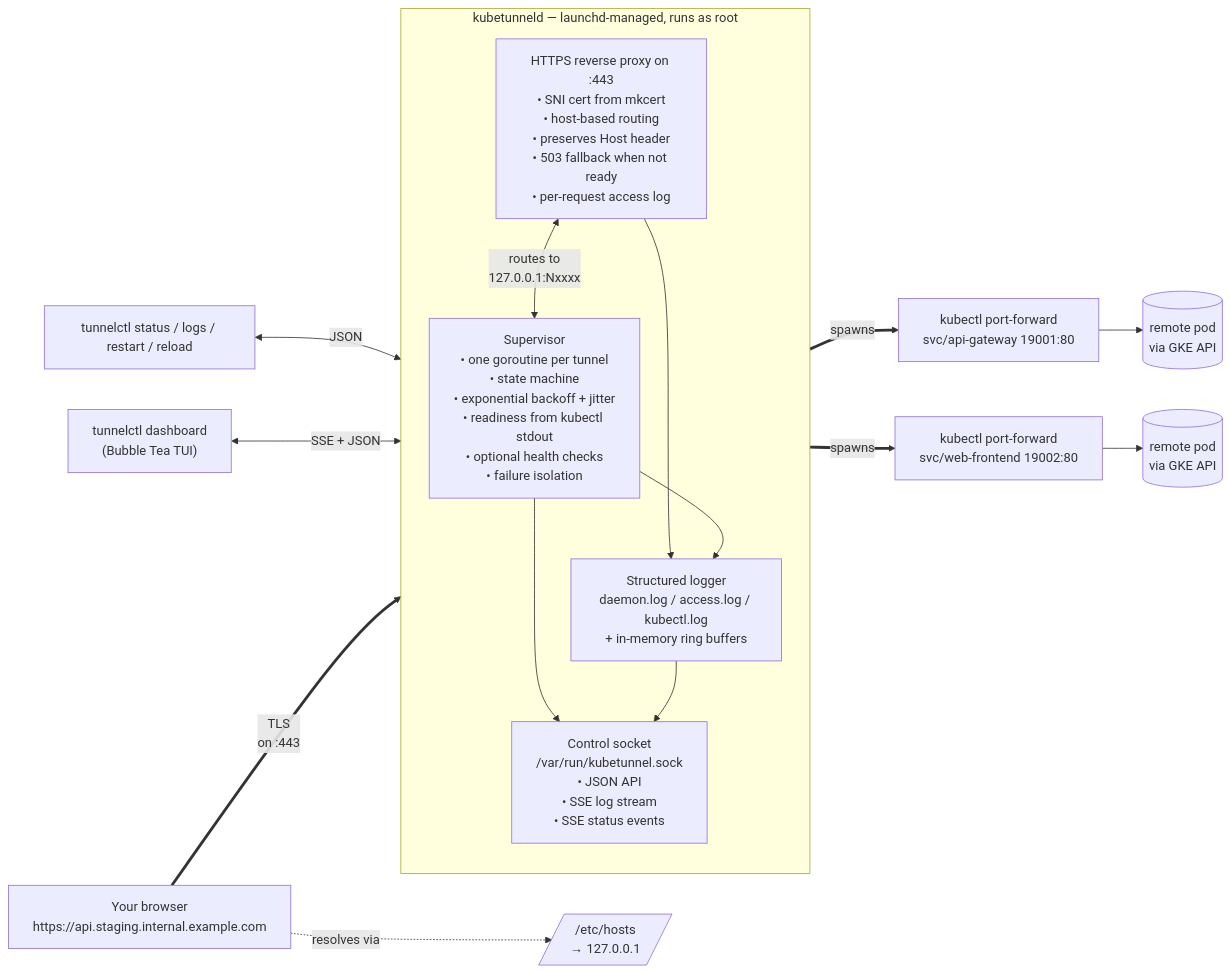
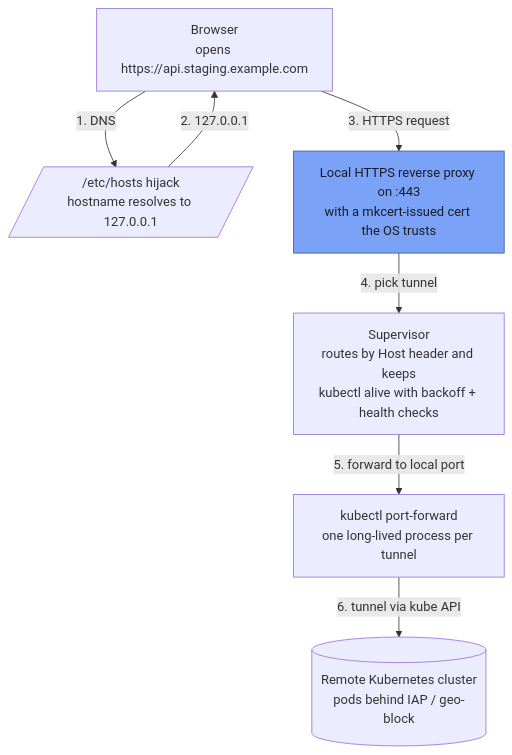
One commit to asumaran/kubetunnel changed the first of 2 diagrams in README.md. Above: the diagram before and after it, drawn with Mermaid. The commit also changed other lines of this file, not shown here.

Commit message:
docs: simplify high-level architecture diagram to a linear vertical flow

````diff
--- a/README.md
+++ b/README.md
@@ -32,30 +32,18 @@
 ```mermaid
-flowchart LR
-    Browser["Your browser<br/>https://api.staging.internal.example.com"]
-    Hosts[/"/etc/hosts<br/>→ 127.0.0.1"/]
-    Browser -.resolves via.-> Hosts
+flowchart TB
+    Browser["Browser<br/>opens https://api.staging.example.com"]
+    Hosts[/"/etc/hosts hijack<br/>hostname resolves to 127.0.0.1"/]
+    Proxy["Local HTTPS reverse proxy on :443<br/>with a mkcert-issued cert the OS trusts"]
+    Sup["Supervisor<br/>routes by Host header and keeps<br/>kubectl alive with backoff + health checks"]
+    KC["kubectl port-forward<br/>one long-lived process per tunnel"]
+    Cluster[("Remote Kubernetes cluster<br/>pods behind IAP / geo-block")]
 
-    subgraph Daemon["kubetunneld — launchd-managed, runs as root"]
-        direction TB
-        Proxy["HTTPS reverse proxy on :443<br/>• SNI cert from mkcert<br/>• host-based routing<br/>• preserves Host header<br/>• 503 fallback when not ready<br/>• per-request access log"]
-        Supervisor["Supervisor<br/>• one goroutine per tunnel<br/>• state machine<br/>• exponential backoff + jitter<br/>• readiness from kubectl stdout<br/>• optional health checks<br/>• failure isolation"]
-        Control["Control socket<br/>/var/run/kubetunnel.sock<br/>• JSON API<br/>• SSE log stream<br/>• SSE status events"]
-        Logger["Structured logger<br/>daemon.log / access.log / kubectl.log<br/>+ in-memory ring buffers"]
-        Proxy <-->|"routes to<br/>127.0.0.1:Nxxxx"| Supervisor
-        Proxy --> Logger
-        Supervisor --> Logger
-        Supervisor --> Control
-        Logger --> Control
-    end
+    Browser -->|"1. DNS"| Hosts
+    Hosts -->|"2. 127.0.0.1"| Browser
+    Browser -->|"3. HTTPS request"| Proxy
+    Proxy -->|"4. pick tunnel"| Sup
+    Sup -->|"5. forward to local port"| KC
+    KC -->|"6. tunnel via kube API"| Cluster
 
-    Browser ==>|"TLS<br/>on :443"| Proxy
-    Supervisor ==>|"spawns"| Kubectl1["kubectl port-forward<br/>svc/api-gateway 19001:80"]
-    Supervisor ==>|"spawns"| Kubectl2["kubectl port-forward<br/>svc/web-frontend 19002:80"]
-    Kubectl1 --> Pod1[("remote pod<br/>via GKE API")]
-    Kubectl2 --> Pod2[("remote pod<br/>via GKE API")]
-
-    TUI["tunnelctl dashboard<br/>(Bubble Tea TUI)"]
-    CLI["tunnelctl status / logs / restart / reload"]
-    TUI <-->|"SSE + JSON"| Control
-    CLI <-->|"JSON"| Control
+    style Proxy fill:#7aa2f7,stroke:#3d59a1,color:#1a1b26
 ```
````
